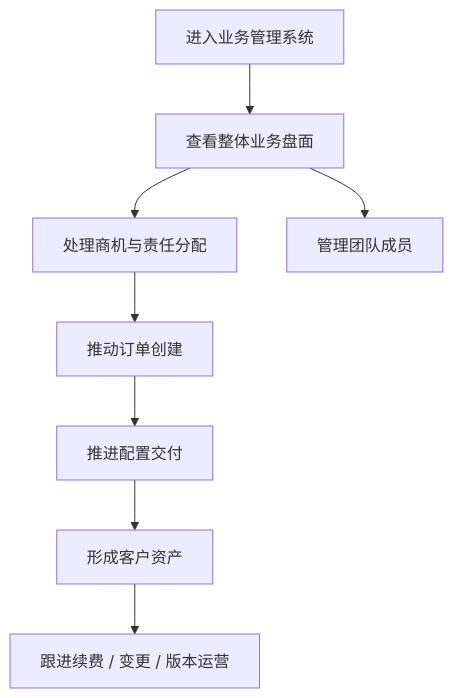
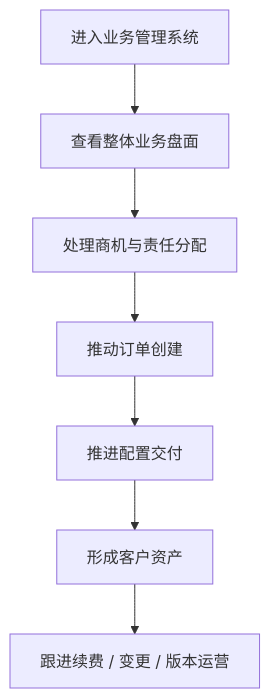
Before and after one commit to wanquanY/Frontis_prd: the second of 6 diagrams in Frontis AI · FDE配置交付 PRD.md, drawn with Mermaid. The commit also changed other lines of this file and 42 other files, not shown here.

Commit message:
feat: refine fde and enterprise management flows

````diff
--- a/Frontis AI · FDE配置交付 PRD.md
+++ b/Frontis AI · FDE配置交付 PRD.md
@@ -67,10 +64,9 @@
 ```mermaid
 flowchart TD
   A["进入业务管理系统"] --> B["查看整体业务盘面"]
   B --> C["处理商机与责任分配"]
   C --> D["推动订单创建"]
   D --> E["推进配置交付"]
   E --> F["形成客户资产"]
   F --> G["跟进续费 / 变更 / 版本运营"]
-  B --> H["管理团队成员"]
 ```
````
